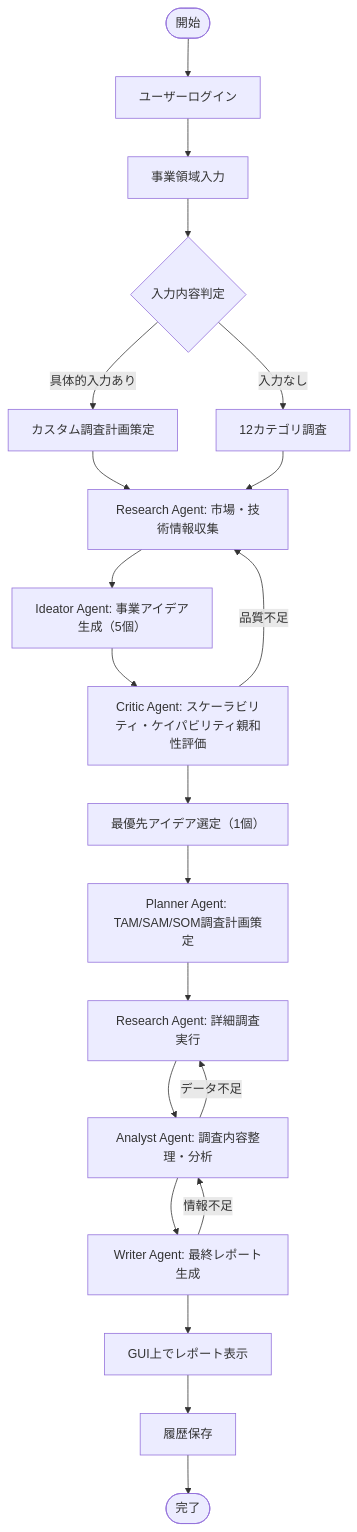
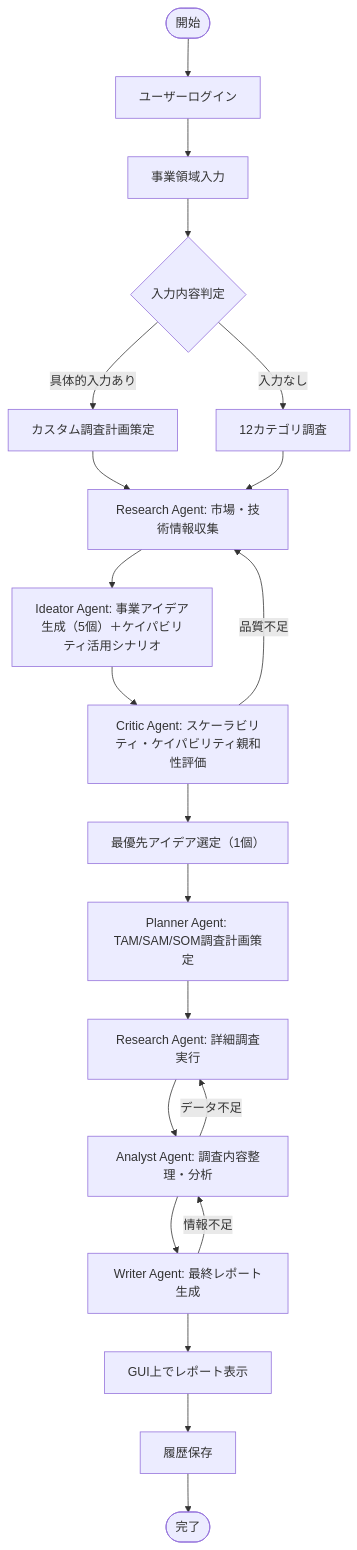
The second of 3 diagrams in .kiro/specs/business-proposal-agent/requirements.md (eijun-t/biz-dev-agent2), drawn with Mermaid before and after one commit. The commit also changed other lines of this file and 21 other files, not shown here.

````diff
--- a/.kiro/specs/business-proposal-agent/requirements.md
+++ b/.kiro/specs/business-proposal-agent/requirements.md
@@ -101,29 +101,29 @@
 ```mermaid
 flowchart TD
     START([開始]) --> LOGIN[ユーザーログイン]
     LOGIN --> INPUT[事業領域入力]
     INPUT --> DECISION{入力内容判定}
     
     DECISION -->|具体的入力あり| CUSTOM[カスタム調査計画策定]
     DECISION -->|入力なし| DEFAULT[12カテゴリ調査]
     
     CUSTOM --> RESEARCH1[Research Agent: 市場・技術情報収集]
     DEFAULT --> RESEARCH1
     
-    RESEARCH1 --> IDEATION[Ideator Agent: 事業アイデア生成（5個）]
+    RESEARCH1 --> IDEATION[Ideator Agent: 事業アイデア生成（5個）＋ケイパビリティ活用シナリオ]
     IDEATION --> CRITIC[Critic Agent: スケーラビリティ・ケイパビリティ親和性評価]
     CRITIC --> SELECTION[最優先アイデア選定（1個）]
     SELECTION --> PLANNER[Planner Agent: TAM/SAM/SOM調査計画策定]
     PLANNER --> RESEARCH2[Research Agent: 詳細調査実行]
     RESEARCH2 --> ANALYST[Analyst Agent: 調査内容整理・分析]
     ANALYST --> WRITER[Writer Agent: 最終レポート生成]
     
     %% 自律的判断による再調査フロー
     CRITIC -->|品質不足| RESEARCH1
     ANALYST -->|データ不足| RESEARCH2
     WRITER -->|情報不足| ANALYST
     
     WRITER --> DISPLAY[GUI上でレポート表示]
     DISPLAY --> SAVE[履歴保存]
     SAVE --> END([完了])
 ```
````
